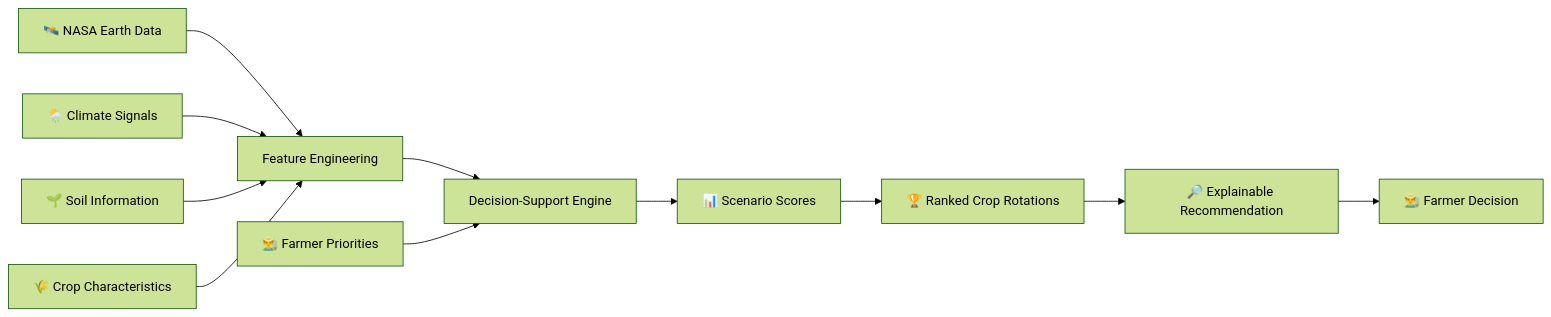
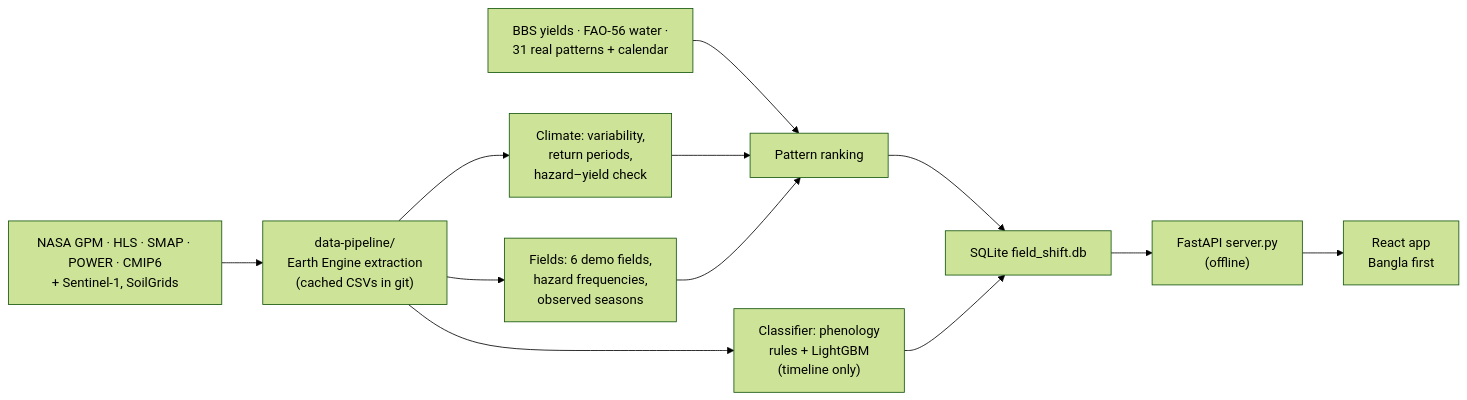
The diagram in README.md (Zishan-125/field-shift), drawn with Mermaid (forest theme) before and after one commit. The commit also changed other lines of this file, not shown here.

First line of the commit message:
docs: rewrite README honestly - validation first, failures included

````diff
--- a/README.md
+++ b/README.md
@@ -1404,26 +116,14 @@
 ```mermaid
 flowchart LR
-
-    A["🛰️ NASA Earth Data"]
-    B["🌦️ Climate Signals"]
-    C["🌱 Soil Information"]
-    D["🌾 Crop Characteristics"]
-    E["👨‍🌾 Farmer Priorities"]
-
-    A --> F["Feature Engineering"]
-    B --> F
-    C --> F
-    D --> F
-
-    F --> G["Decision-Support Engine"]
-
-    E --> G
-
-    G --> H["📊 Scenario Scores"]
-
-    H --> I["🏆 Ranked Crop Rotations"]
-
-    I --> J["🔎 Explainable Recommendation"]
-
-    J --> K["👨‍🌾 Farmer Decision"]
+    A["NASA GPM · HLS · SMAP · POWER · CMIP6<br/>+ Sentinel-1, SoilGrids"] --> B["data-pipeline/<br/>Earth Engine extraction<br/>(cached CSVs in git)"]
+    B --> C["Climate: variability,<br/>return periods,<br/>hazard–yield check"]
+    B --> D["Fields: 6 demo fields,<br/>hazard frequencies,<br/>observed seasons"]
+    B --> E["Classifier: phenology<br/>rules + LightGBM<br/>(timeline only)"]
+    F["BBS yields · FAO-56 water ·<br/>31 real patterns + calendar"] --> G["Pattern ranking"]
+    C --> G
+    D --> G
+    G --> H["SQLite field_shift.db"]
+    E --> H
+    H --> I["FastAPI server.py<br/>(offline)"]
+    I --> J["React app<br/>Bangla first"]
 ```
````
